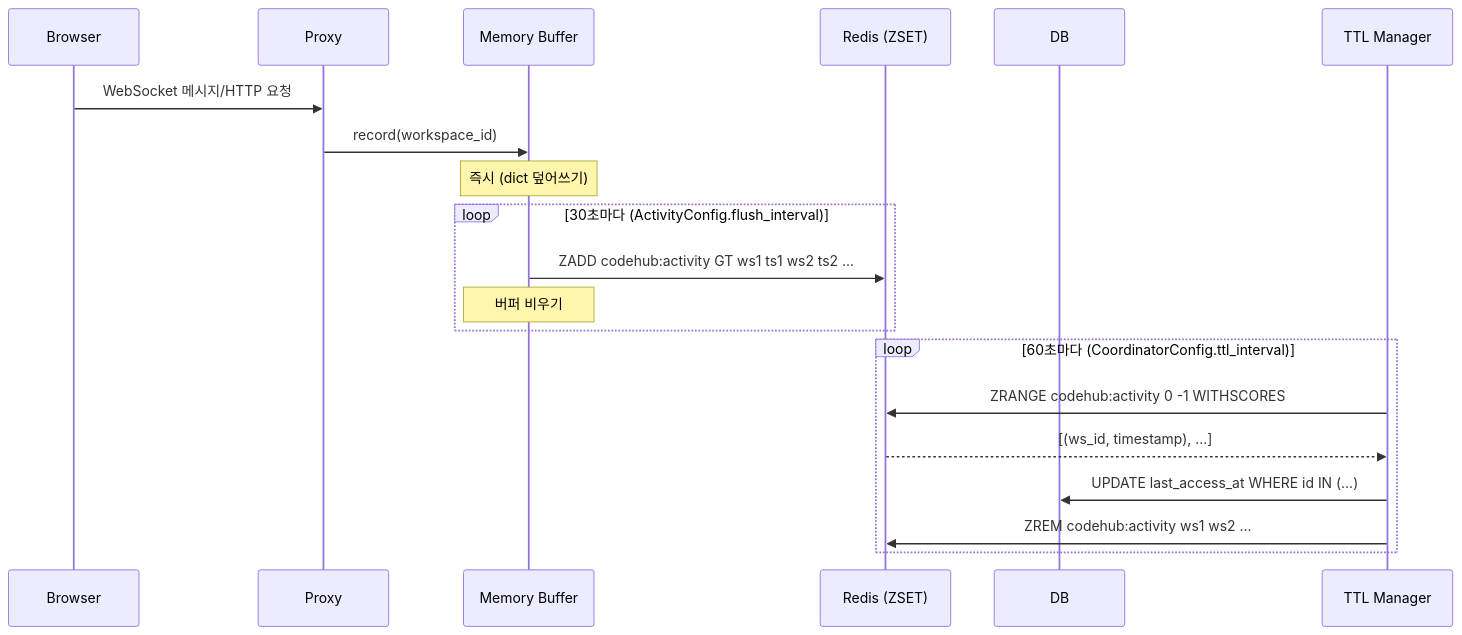
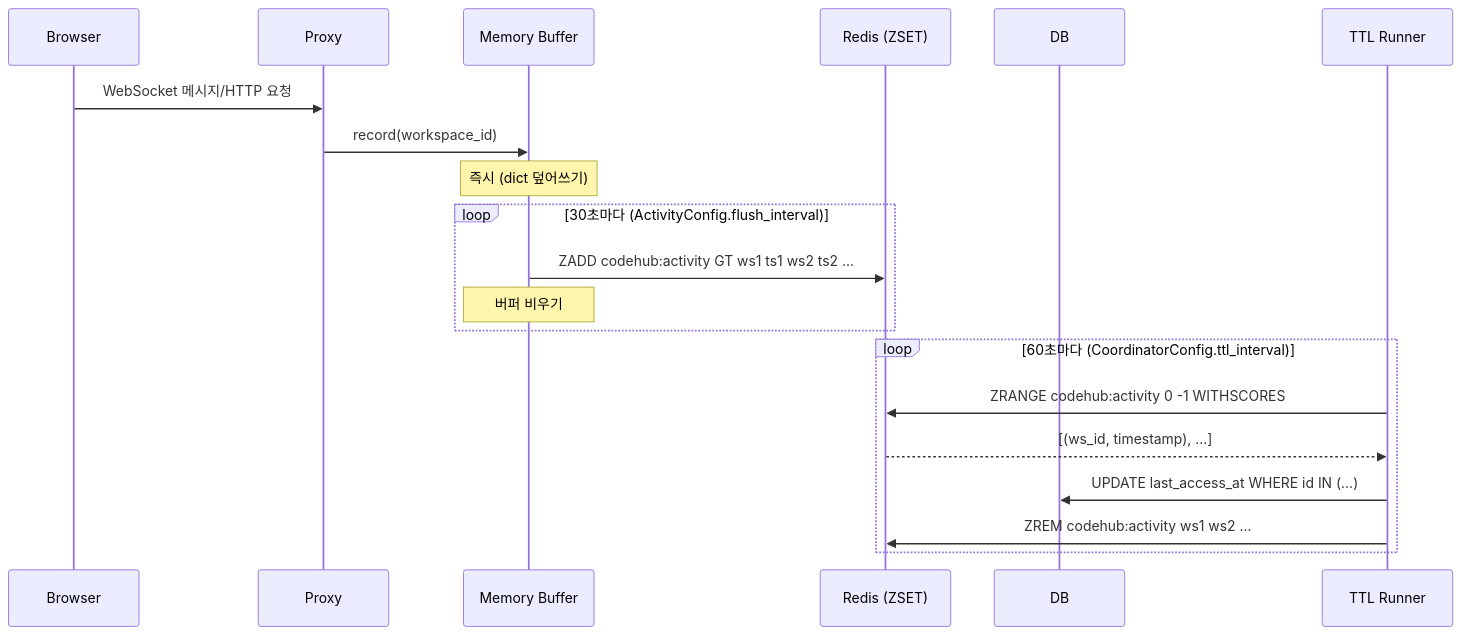
Before and after one commit to cagojeiger/code-hub: the third of 5 diagrams in docs/spec/04-control-plane.md, drawn with Mermaid. The commit also changed other lines of this file and 8 other files, not shown here.

````diff
--- a/docs/spec/04-control-plane.md
+++ b/docs/spec/04-control-plane.md
@@ -300,25 +300,25 @@
 ```mermaid
 sequenceDiagram
     participant B as Browser
     participant P as Proxy
     participant M as Memory Buffer
     participant R as Redis (ZSET)
     participant D as DB
-    participant T as TTL Manager
+    participant T as TTL Runner
 
     B->>P: WebSocket 메시지/HTTP 요청
     P->>M: record(workspace_id)
     Note over M: 즉시 (dict 덮어쓰기)
 
     loop 30초마다 (ActivityConfig.flush_interval)
         M->>R: ZADD codehub:activity GT ws1 ts1 ws2 ts2 ...
         Note over M: 버퍼 비우기
     end
 
     loop 60초마다 (CoordinatorConfig.ttl_interval)
         T->>R: ZRANGE codehub:activity 0 -1 WITHSCORES
         R-->>T: [(ws_id, timestamp), ...]
         T->>D: UPDATE last_access_at WHERE id IN (...)
         T->>R: ZREM codehub:activity ws1 ws2 ...
     end
 ```
````
